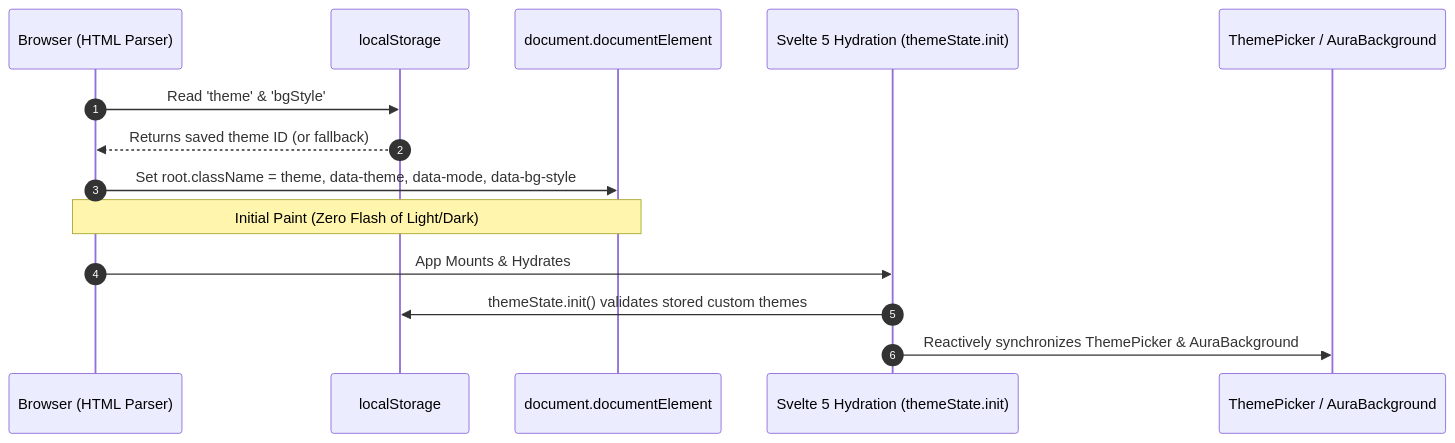
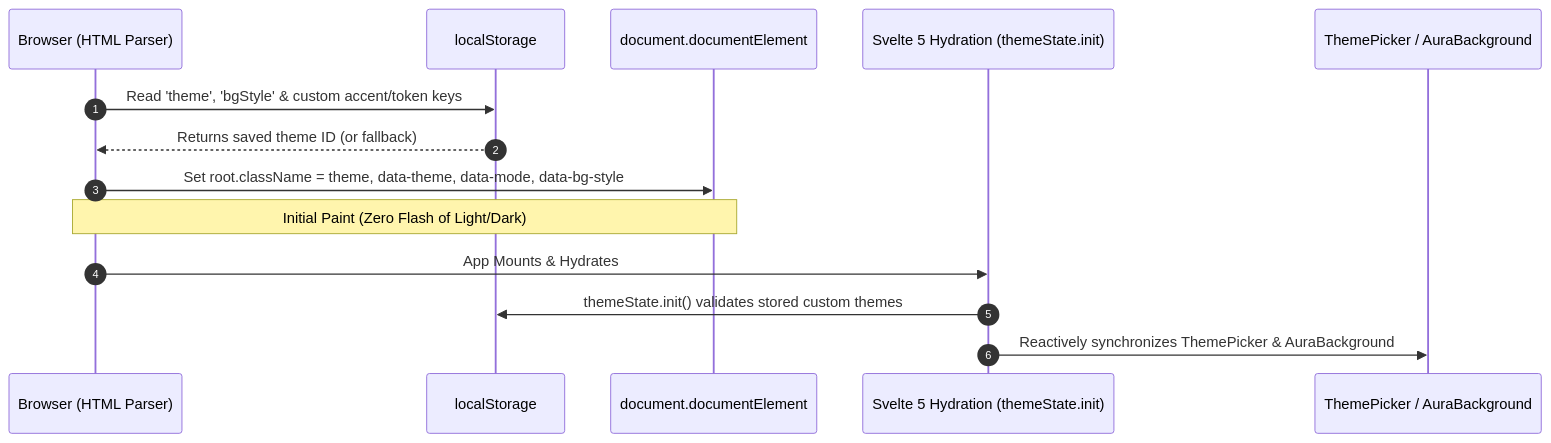
The diagram in docs/architecture/01-overview.md (fractalmandala/fractalthemer), drawn with Mermaid before and after one commit. The commit also changed other lines of this file and 24 other files, not shown here.

````diff
--- a/docs/architecture/01-overview.md
+++ b/docs/architecture/01-overview.md
@@ -95,17 +102,17 @@
 ```mermaid
 sequenceDiagram
     autonumber
     participant Browser as Browser (HTML Parser)
     participant Storage as localStorage
     participant DOM as document.documentElement
     participant Svelte as Svelte 5 Hydration (themeState.init)
     participant UI as ThemePicker / AuraBackground
 
-    Browser->>Storage: Read 'theme' & 'bgStyle'
+    Browser->>Storage: Read 'theme', 'bgStyle' & custom accent/token keys
     Storage-->>Browser: Returns saved theme ID (or fallback)
     Browser->>DOM: Set root.className = theme, data-theme, data-mode, data-bg-style
     Note over Browser,DOM: Initial Paint (Zero Flash of Light/Dark)
     Browser->>Svelte: App Mounts & Hydrates
     Svelte->>Storage: themeState.init() validates stored custom themes
     Svelte->>UI: Reactively synchronizes ThemePicker & AuraBackground
 ```
````
